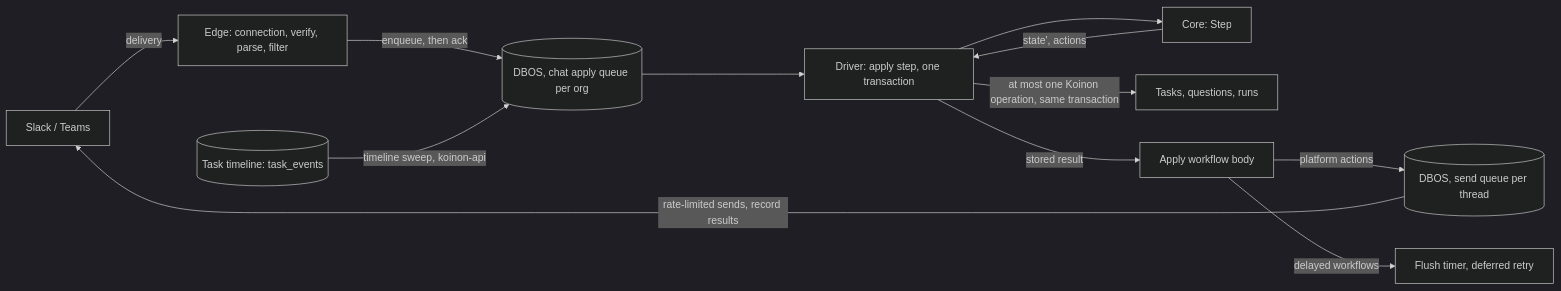
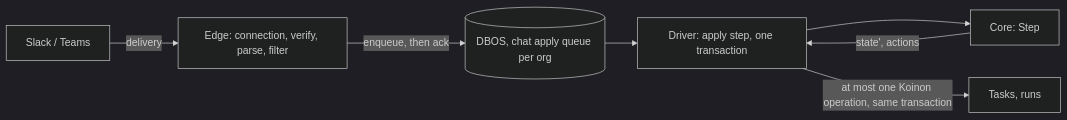
Before and after one commit to stateracloud/koinon: the diagram in docs/adr/0127-chat-adapter-pure-core.md, drawn with Mermaid (dark theme). The commit also changed other lines of this file, not shown here.

````diff
--- a/docs/adr/0127-chat-adapter-pure-core.md
+++ b/docs/adr/0127-chat-adapter-pure-core.md
@@ -74,14 +75,9 @@
 ```mermaid
 flowchart LR
   P[Slack / Teams] -->|delivery| E[Edge: connection, verify, parse, filter]
   E -->|enqueue, then ack| D[(DBOS, chat apply queue per org)]
-  T[(Task timeline: task_events)] -->|timeline sweep, koinon-api| D
   D --> A[Driver: apply step, one transaction]
   A --> C[Core: Step]
   C -->|state', actions| A
-  A -->|at most one Koinon operation, same transaction| K[Tasks, questions, runs]
-  A -->|stored result| W[Apply workflow body]
-  W -->|platform actions| S[(DBOS, send queue per thread)]
-  W -->|delayed workflows| R[Flush timer, deferred retry]
-  S -->|rate-limited sends, record results| P
+  A -->|at most one Koinon operation, same transaction| K[Tasks, runs]
 ```
````
